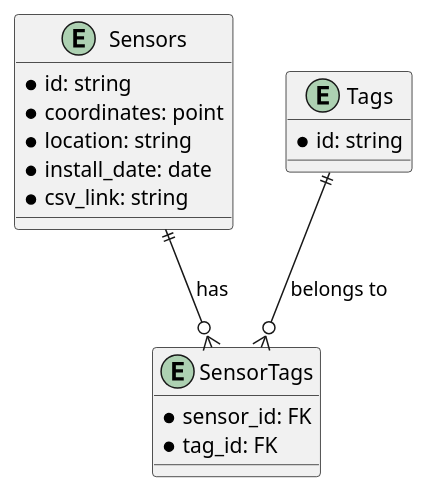
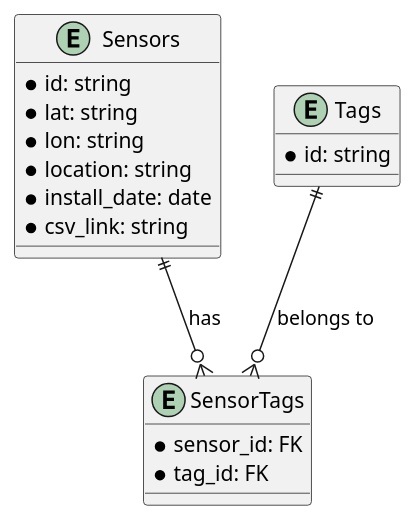
Before and after one commit to ForumViriumHelsinki/metropolia-weather-map: the diagram in docs/db.pu, drawn with PlantUML.

Commit message:
Update db diagram

```diff
--- a/docs/db.pu
+++ b/docs/db.pu
@@ -1,22 +1,23 @@
 @startuml Weather
 entity "Sensors" {
     *id: string
-    *coordinates: point
+    *lat: string
+    *lon: string
     *location: string
     *install_date: date
     *csv_link: string
 }
 
 entity "Tags" {
     *id: string
 }
 
 entity "SensorTags" {
     *sensor_id: FK
     *tag_id: FK
 }
 
 Sensors ||--o{ SensorTags : "has"
 Tags ||--o{ SensorTags : "belongs to"
 
 @enduml
```
